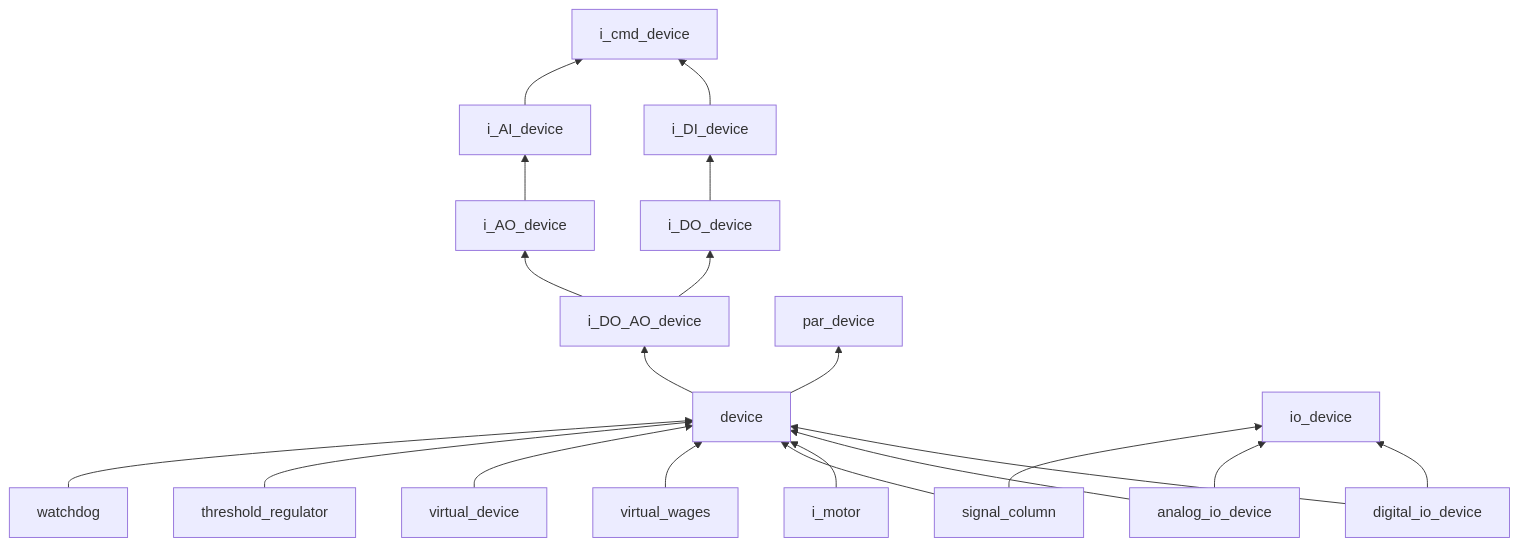
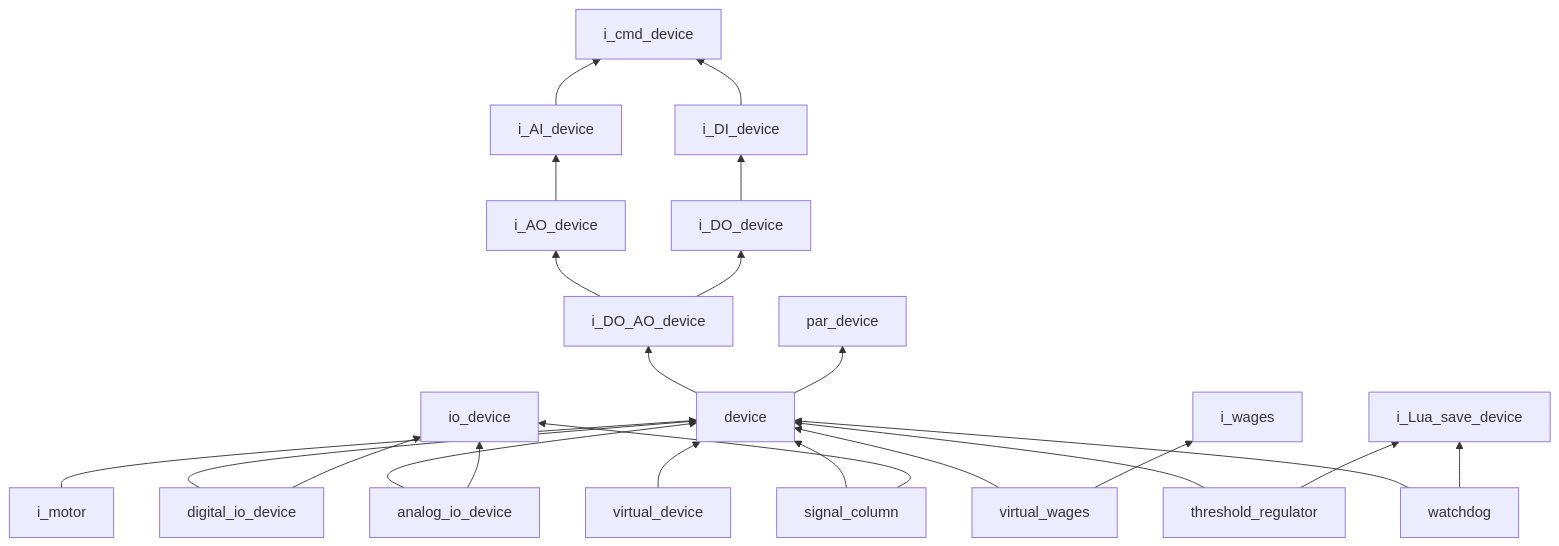
Before and after one commit to savushkin-r-d/ptusa_main: the first of 11 diagrams in docs/class_scheme/readme.md, drawn with Mermaid.

Commit message:
[review] Fixes diagram

````diff
--- a/docs/class_scheme/readme.md
+++ b/docs/class_scheme/readme.md
@@ -3,22 +3,25 @@
 ```mermaid
 flowchart BT
     device[device] --> i_DO_AO_device[i_DO_AO_device]
     device --> par_device[par_device]
     i_DO_device[i_DO_device] --> i_DI_device[i_DI_device]
     i_AO_device[i_AO_device] --> i_AI_device[i_AI_device]
     i_DI_device --> i_cmd_device[i_cmd_device]
     i_AI_device --> i_cmd_device
     i_DO_AO_device --> i_AO_device
     i_DO_AO_device --> i_DO_device
     digital_io_device[digital_io_device] --> device
     digital_io_device --> io_device[io_device]
     analog_io_device[analog_io_device] --> device
     analog_io_device --> io_device
     i_motor[i_motor] --> device
     signal_column[signal_column] --> device
     signal_column --> io_device
     virtual_wages[virtual_wages] --> device
+    virtual_wages --> i_wages[i_wages]
     virtual_device[virtual_device] --> device
     threshold_regulator[threshold_regulator] --> device
+    threshold_regulator --> i_Lua_save_device[i_Lua_save_device]
     watchdog[watchdog] --> device
+    watchdog --> i_Lua_save_device
 ```
````
